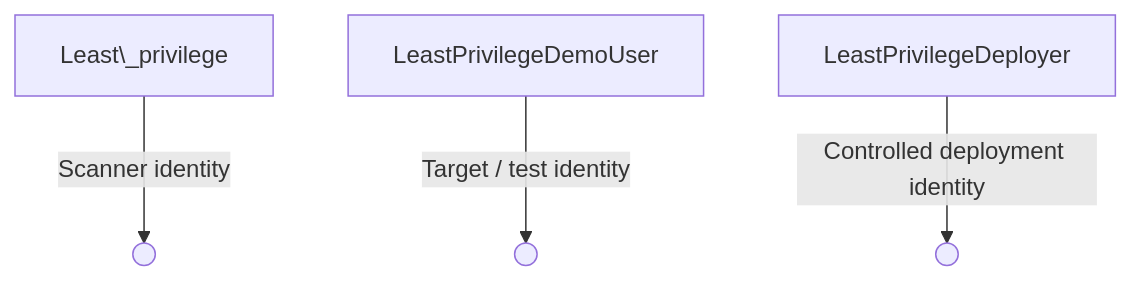
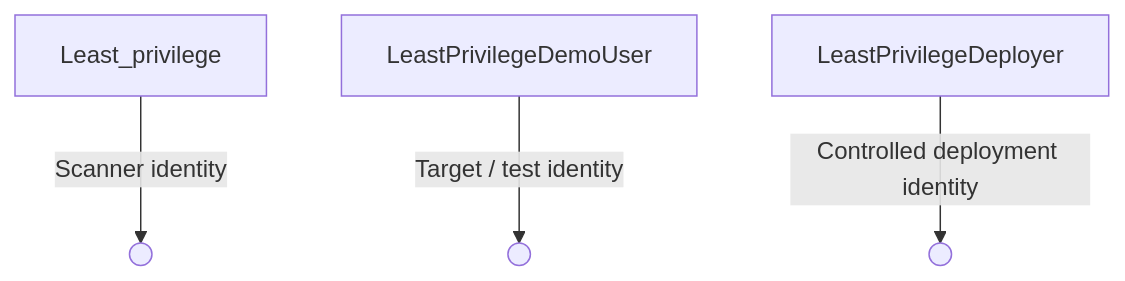
The third of 4 diagrams in README.md (kanishkaramesh60/Cloud-least-privilege-enforcer), drawn with Mermaid before and after one commit. The commit also changed other lines of this file, not shown here.

````diff
--- a/README.md
+++ b/README.md
@@ -321,6 +384,6 @@
 ```mermaid
 flowchart TD
-    A\[Least\_privilege] -->|Scanner identity| B(( ))
-    C\[LeastPrivilegeDemoUser] -->|Target / test identity| D(( ))
-    E\[LeastPrivilegeDeployer] -->|Controlled deployment identity| F(( ))
+    A[Least_privilege] -->|Scanner identity| B(( ))
+    C[LeastPrivilegeDemoUser] -->|Target / test identity| D(( ))
+    E[LeastPrivilegeDeployer] -->|Controlled deployment identity| F(( ))
 ```
````
